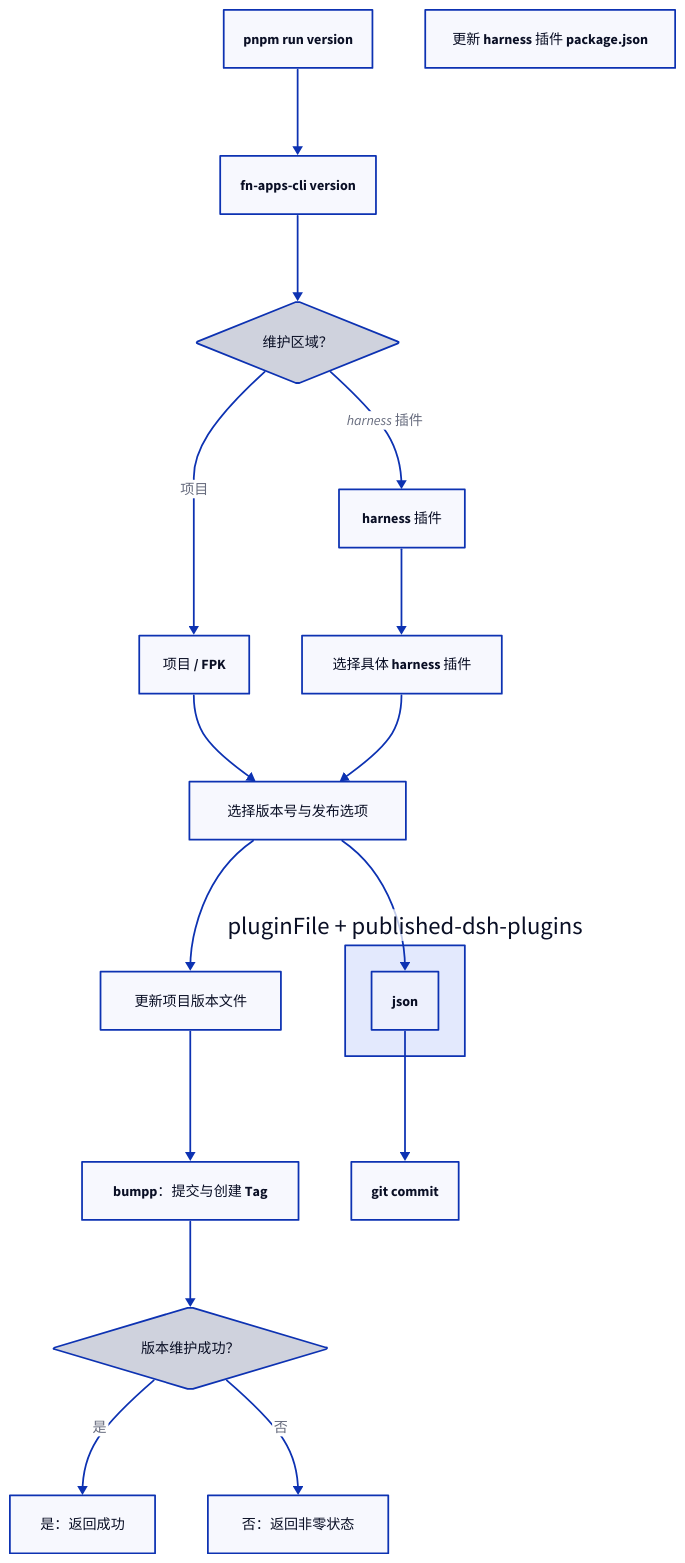
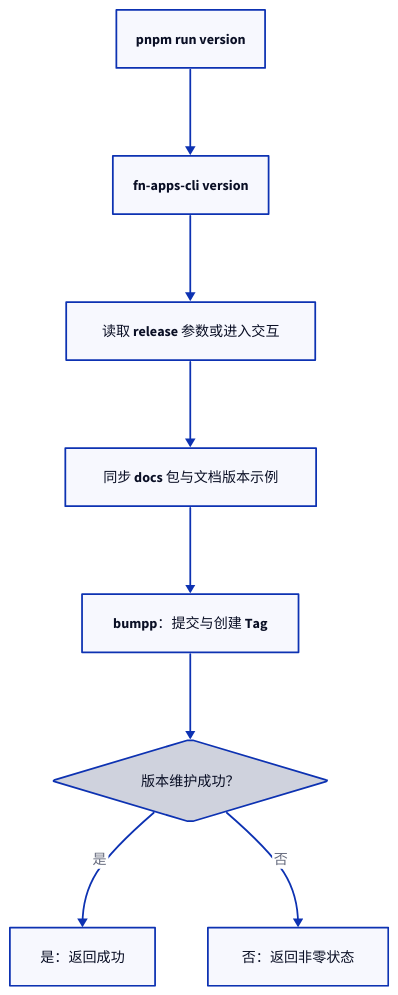
The eighth of 12 diagrams in docs/development/package-tasks-and-turbo.md (tnnevol/fn-os-apps), drawn with D2 before and after one commit. The commit also changed other lines of this file and 504 other files, not shown here.

First line of the commit message:
refactor(dsh): drop DeepSeek Harness app, plugins and docs

````diff
--- a/docs/development/package-tasks-and-turbo.md
+++ b/docs/development/package-tasks-and-turbo.md
@@ -324,32 +278,19 @@
 ```d2
 direction: down
 
 command: "pnpm run version"
 cli: "fn-apps-cli version"
-area: {
-  label: "维护区域？"
-  shape: diamond
-}
-project: "项目 / FPK"
-plugin: "harness 插件"
-pluginSelect: "选择具体 harness 插件"
-release: "选择版本号与发布选项"
-files: "更新项目版本文件"
-pluginFile: "更新 harness 插件 package.json"
+release: "读取 release 参数或进入交互"
+files: "同步 docs 包与文档版本示例"
 bumpp: "bumpp：提交与创建 Tag"
 status: {
   label: "版本维护成功？"
   shape: diamond
 }
 result: "是：返回成功"
 fail: "否：返回非零状态"
 
-command -> cli -> area
-area -> project: 项目
-area -> plugin: harness 插件
-project -> release -> files -> bumpp
-plugin -> pluginSelect -> release -> pluginFile + published-dsh-plugins.json -> git commit
-bumpp -> status
+command -> cli -> release -> files -> bumpp -> status
 status -> result: 是
 status -> fail: 否
 ```
````
